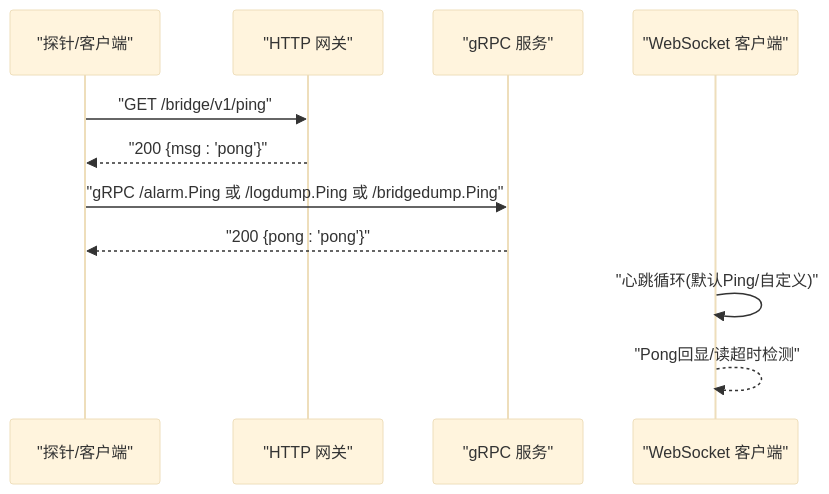
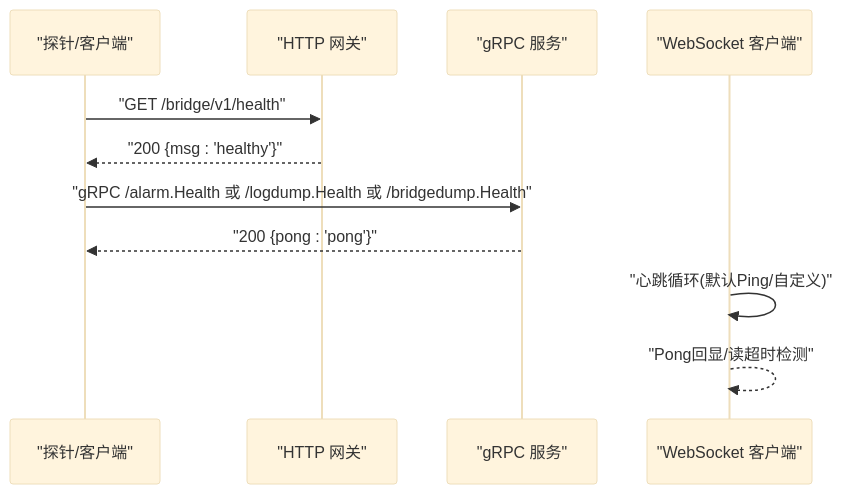
One commit to maomao94/zero-service changed the second of 6 diagrams in .qoder/repowiki/zh/content/AI应用模块/SSE网关服务/Ping健康检查.md. Above: the diagram before and after it, drawn with Mermaid (base theme). The commit also changed other lines of this file and 6 other files, not shown here.

````diff
--- a/.qoder/repowiki/zh/content/AI应用模块/SSE网关服务/Ping健康检查.md
+++ b/.qoder/repowiki/zh/content/AI应用模块/SSE网关服务/Ping健康检查.md
@@ -99,13 +110,13 @@
 ```mermaid
 sequenceDiagram
 participant Probe as "探针/客户端"
 participant GW as "HTTP 网关"
 participant RPC as "gRPC 服务"
 participant WS as "WebSocket 客户端"
-Probe->>GW : "GET /bridge/v1/ping"
-GW-->>Probe : "200 {msg : 'pong'}"
-Probe->>RPC : "gRPC /alarm.Ping 或 /logdump.Ping 或 /bridgedump.Ping"
+Probe->>GW : "GET /bridge/v1/health"
+GW-->>Probe : "200 {msg : 'healthy'}"
+Probe->>RPC : "gRPC /alarm.Health 或 /logdump.Health 或 /bridgedump.Health"
 RPC-->>Probe : "200 {pong : 'pong'}"
 WS->>WS : "心跳循环(默认Ping/自定义)"
 WS-->>WS : "Pong回显/读超时检测"
 ```
````
